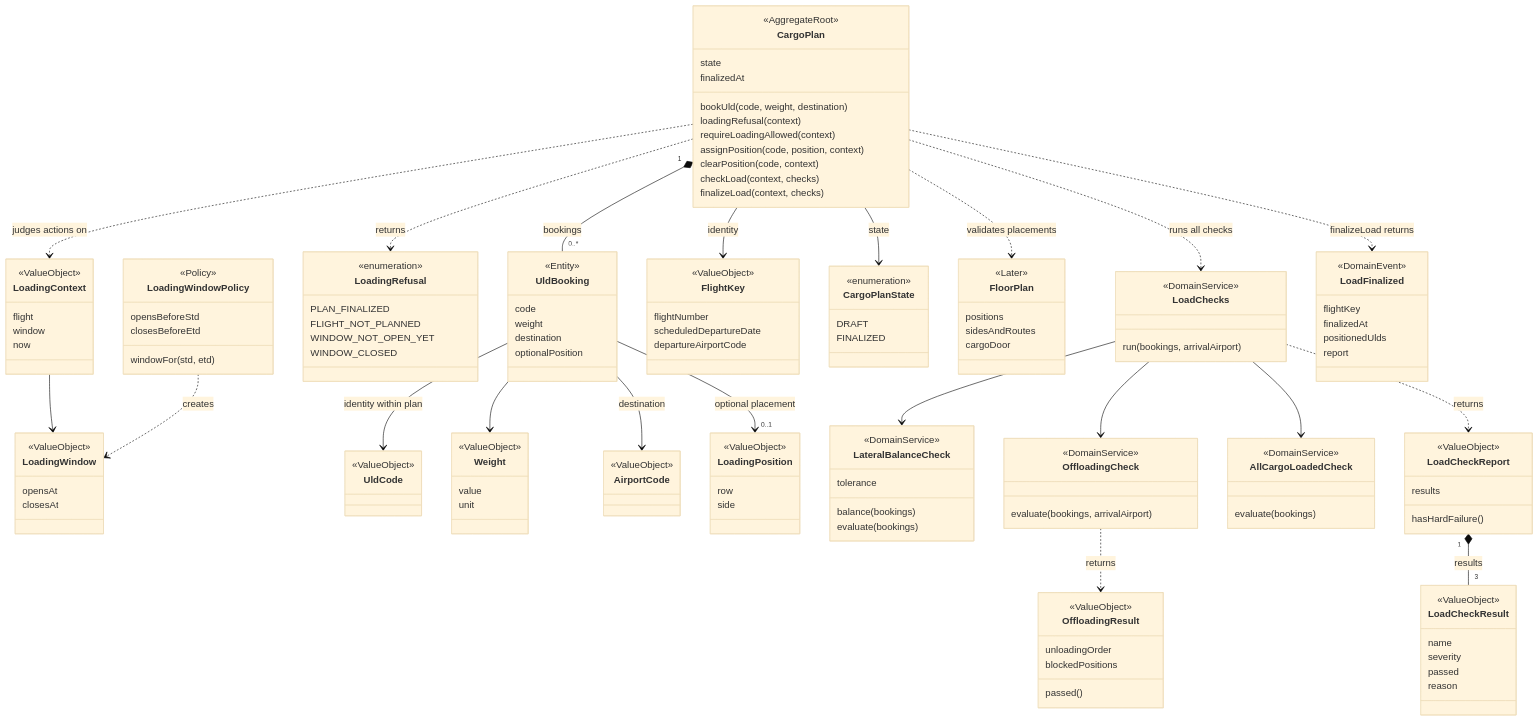
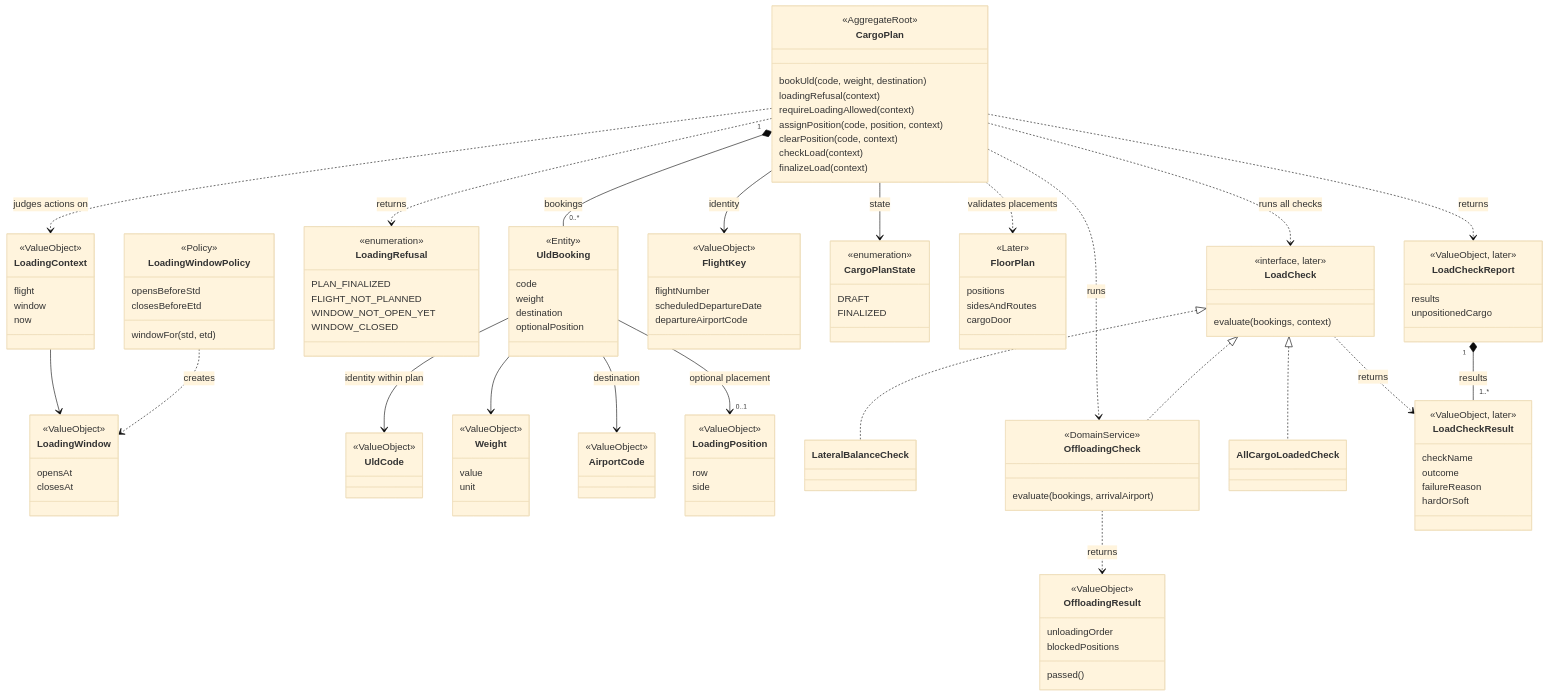
The fourth of 9 diagrams in architecture/analyse.md (ebhd/air-freight-operations), drawn with Mermaid (base theme) before and after one commit. The commit also changed other lines of this file and 242 other files, not shown here.

````diff
--- a/architecture/analyse.md
+++ b/architecture/analyse.md
@@ -166,10 +155,8 @@
         requireLoadingAllowed(context)
         assignPosition(code, position, context)
         clearPosition(code, context)
-        checkLoad(context, checks)
-        finalizeLoad(context, checks)
-        state
-        finalizedAt
+        checkLoad(context)
+        finalizeLoad(context)
     }
     class LoadingContext {
         <<ValueObject>>
@@ -235,16 +222,11 @@
         sidesAndRoutes
         cargoDoor
     }
-    class LoadChecks {
-        <<DomainService>>
-        run(bookings, arrivalAirport)
+    class LoadCheck {
+        <<interface, later>>
+        evaluate(bookings, context)
     }
-    class LateralBalanceCheck {
-        <<DomainService>>
-        tolerance
-        balance(bookings)
-        evaluate(bookings)
-    }
+    class LateralBalanceCheck
     class OffloadingCheck {
         <<DomainService>>
         evaluate(bookings, arrivalAirport)
@@ -255,28 +237,18 @@
         blockedPositions
         passed()
     }
-    class AllCargoLoadedCheck {
-        <<DomainService>>
-        evaluate(bookings)
-    }
+    class AllCargoLoadedCheck
     class LoadCheckResult {
-        <<ValueObject>>
-        name
-        severity
-        passed
-        reason
+        <<ValueObject, later>>
+        checkName
+        outcome
+        failureReason
+        hardOrSoft
     }
     class LoadCheckReport {
-        <<ValueObject>>
+        <<ValueObject, later>>
         results
-        hasHardFailure()
-    }
-    class LoadFinalized {
-        <<DomainEvent>>
-        flightKey
-        finalizedAt
-        positionedUlds
-        report
+        unpositionedCargo
     }
     CargoPlan --> FlightKey : identity
     CargoPlan --> CargoPlanState : state
@@ -290,12 +262,13 @@
     UldBooking --> AirportCode : destination
     UldBooking --> "0..1" LoadingPosition : optional placement
     CargoPlan ..> FloorPlan : validates placements
-    CargoPlan ..> LoadChecks : runs all checks
-    LoadChecks --> LateralBalanceCheck
-    LoadChecks --> OffloadingCheck
-    LoadChecks --> AllCargoLoadedCheck
+    CargoPlan ..> LoadCheck : runs all checks
+    CargoPlan ..> OffloadingCheck : runs
     OffloadingCheck ..> OffloadingResult : returns
-    LoadChecks ..> LoadCheckReport : returns
-    CargoPlan ..> LoadFinalized : finalizeLoad returns
-    LoadCheckReport "1" *-- "3" LoadCheckResult : results
+    LoadCheck <|.. LateralBalanceCheck
+    LoadCheck <|.. OffloadingCheck
+    LoadCheck <|.. AllCargoLoadedCheck
+    CargoPlan ..> LoadCheckReport : returns
+    LoadCheck ..> LoadCheckResult : returns
+    LoadCheckReport "1" *-- "1..*" LoadCheckResult : results
 ```
````
